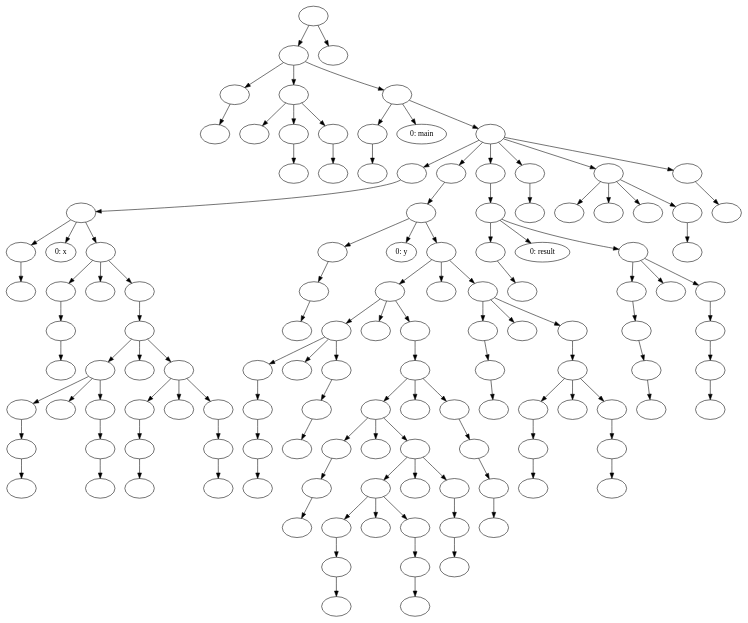
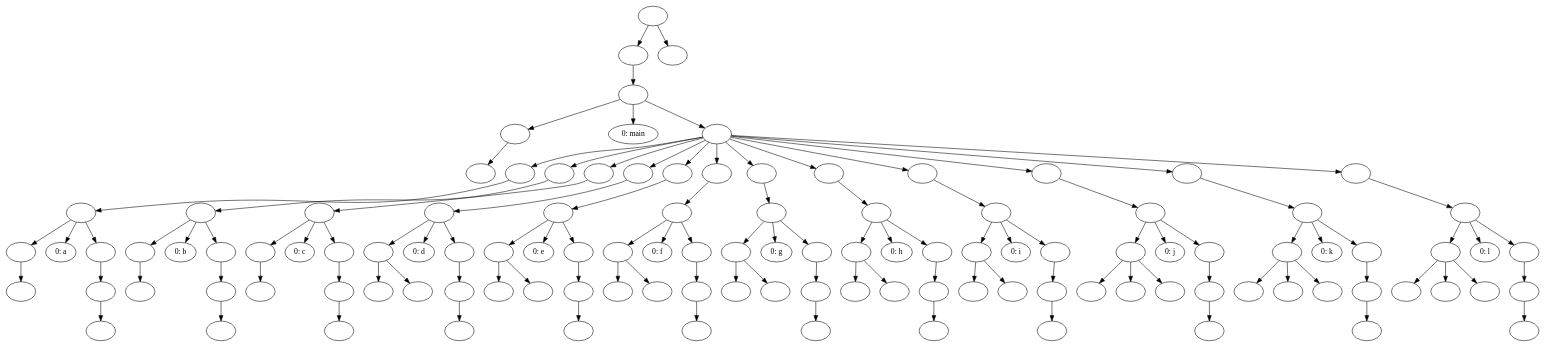
Before and after one commit to Are-you-listening/Compilers: the diagram in output/SymbolTablevisual.dot, drawn with Graphviz. The commit also changed 12 other files, not shown here.

```diff
--- a/output/SymbolTablevisual.dot
+++ b/output/SymbolTablevisual.dot
@@ -1,257 +1,233 @@
 digraph AST {
-  "140599761586832" [label=""];
-  "140599761586832" -> "140599761592064";
-  "140599761586832" -> "140599761588512";
-  "140599761592064" [label=""];
-  "140599761592064" -> "140599761589952";
-  "140599761592064" -> "140599761586784";
-  "140599761592064" -> "140599761585728";
-  "140599761589952" [label=""];
-  "140599761589952" -> "140599760741344";
-  "140599760741344" [label=""];
-  "140599761586784" [label=""];
-  "140599761586784" -> "140599761585776";
-  "140599761586784" -> "140599761585968";
-  "140599761586784" -> "140599760740672";
-  "140599761585776" [label=""];
-  "140599761585968" [label=""];
-  "140599761585968" -> "140599761586064";
-  "140599761586064" [label=""];
-  "140599760740672" [label=""];
-  "140599760740672" -> "140599761586640";
-  "140599761586640" [label=""];
-  "140599761585728" [label=""];
-  "140599761585728" -> "140599761586688";
-  "140599761585728" -> "140599761585152";
-  "140599761585728" -> "140599762013920";
-  "140599761586688" [label=""];
-  "140599761586688" -> "140599761586208";
-  "140599761586208" [label=""];
-  "140599761585152" [label="0: main"];
-  "140599762013920" [label=""];
-  "140599762013920" -> "140599762013824";
-  "140599762013920" -> "140599762012864";
-  "140599762013920" -> "140599762011520";
-  "140599762013920" -> "140599760736592";
-  "140599762013920" -> "140599760739616";
-  "140599762013920" -> "140599760740048";
-  "140599762013824" [label=""];
-  "140599762013824" -> "140599762012912";
-  "140599762012912" [label=""];
-  "140599762012912" -> "140599762012768";
-  "140599762012912" -> "140599762011040";
-  "140599762012912" -> "140599762010368";
-  "140599762012768" [label=""];
-  "140599762012768" -> "140599762011088";
-  "140599762011088" [label=""];
-  "140599762011040" [label="0: x"];
-  "140599762010368" [label=""];
-  "140599762010368" -> "140599762025968";
-  "140599762010368" -> "140599762010560";
-  "140599762010368" -> "140599762011376";
-  "140599762025968" [label=""];
-  "140599762025968" -> "140599762010512";
-  "140599762010512" [label=""];
-  "140599762010512" -> "140599762010656";
-  "140599762010656" [label=""];
-  "140599762010560" [label=""];
-  "140599762011376" [label=""];
-  "140599762011376" -> "140599762011472";
-  "140599762011472" [label=""];
-  "140599762011472" -> "140599762011616";
-  "140599762011472" -> "140599762011808";
-  "140599762011472" -> "140599762012720";
-  "140599762011616" [label=""];
-  "140599762011616" -> "140599762011760";
-  "140599762011616" -> "140599762011952";
-  "140599762011616" -> "140599762012288";
-  "140599762011760" [label=""];
-  "140599762011760" -> "140599762011904";
-  "140599762011904" [label=""];
-  "140599762011904" -> "140599762012048";
-  "140599762012048" [label=""];
-  "140599762011952" [label=""];
-  "140599762012288" [label=""];
-  "140599762012288" -> "140599762012384";
-  "140599762012384" [label=""];
-  "140599762012384" -> "140599762012528";
-  "140599762012528" [label=""];
-  "140599762011808" [label=""];
-  "140599762012720" [label=""];
-  "140599762012720" -> "140599762013104";
-  "140599762012720" -> "140599762013296";
-  "140599762012720" -> "140599762013632";
-  "140599762013104" [label=""];
-  "140599762013104" -> "140599762013248";
-  "140599762013248" [label=""];
-  "140599762013248" -> "140599762013392";
-  "140599762013392" [label=""];
-  "140599762013296" [label=""];
-  "140599762013632" [label=""];
-  "140599762013632" -> "140599762013728";
-  "140599762013728" [label=""];
-  "140599762013728" -> "140599762014112";
-  "140599762014112" [label=""];
-  "140599762012864" [label=""];
-  "140599762012864" -> "140599762010416";
-  "140599762010416" [label=""];
-  "140599762010416" -> "140599762013152";
-  "140599762010416" -> "140599762014352";
-  "140599762010416" -> "140599760732272";
-  "140599762013152" [label=""];
-  "140599762013152" -> "140599760741584";
-  "140599760741584" [label=""];
-  "140599760741584" -> "140599762014304";
-  "140599762014304" [label=""];
-  "140599762014352" [label="0: y"];
-  "140599760732272" [label=""];
-  "140599760732272" -> "140599760732368";
-  "140599760732272" -> "140599760732560";
-  "140599760732272" -> "140599760736256";
-  "140599760732368" [label=""];
-  "140599760732368" -> "140599760732512";
-  "140599760732368" -> "140599760732704";
-  "140599760732368" -> "140599760733616";
-  "140599760732512" [label=""];
-  "140599760732512" -> "140599760732656";
-  "140599760732512" -> "140599760732848";
-  "140599760732512" -> "140599760733184";
-  "140599760732656" [label=""];
-  "140599760732656" -> "140599760732800";
-  "140599760732800" [label=""];
-  "140599760732800" -> "140599760741872";
-  "140599760741872" [label=""];
-  "140599760741872" -> "140599760732944";
-  "140599760732944" [label=""];
-  "140599760732848" [label=""];
-  "140599760733184" [label=""];
-  "140599760733184" -> "140599760733280";
-  "140599760733280" [label=""];
-  "140599760733280" -> "140599760733424";
-  "140599760733424" [label=""];
-  "140599760732704" [label=""];
-  "140599760733616" [label=""];
-  "140599760733616" -> "140599760733712";
-  "140599760733712" [label=""];
-  "140599760733712" -> "140599760733856";
-  "140599760733712" -> "140599760734048";
-  "140599760733712" -> "140599760736016";
-  "140599760733856" [label=""];
-  "140599760733856" -> "140599760734000";
-  "140599760733856" -> "140599760734192";
-  "140599760733856" -> "140599760734528";
-  "140599760734000" [label=""];
-  "140599760734000" -> "140599760734144";
-  "140599760734144" [label=""];
-  "140599760734144" -> "140599760734288";
-  "140599760734288" [label=""];
-  "140599760734192" [label=""];
-  "140599760734528" [label=""];
-  "140599760734528" -> "140599760734624";
-  "140599760734528" -> "140599760734816";
-  "140599760734528" -> "140599760735728";
-  "140599760734624" [label=""];
-  "140599760734624" -> "140599760734768";
-  "140599760734624" -> "140599760734960";
-  "140599760734624" -> "140599760735296";
-  "140599760734768" [label=""];
-  "140599760734768" -> "140599760734912";
-  "140599760734912" [label=""];
-  "140599760734912" -> "140599760735056";
-  "140599760735056" [label=""];
-  "140599760734960" [label=""];
-  "140599760735296" [label=""];
-  "140599760735296" -> "140599760735392";
-  "140599760735392" [label=""];
-  "140599760735392" -> "140599760735536";
-  "140599760735536" [label=""];
-  "140599760734816" [label=""];
-  "140599760735728" [label=""];
-  "140599760735728" -> "140599760735824";
-  "140599760735824" [label=""];
-  "140599760735824" -> "140599760735968";
-  "140599760735968" [label=""];
-  "140599760734048" [label=""];
-  "140599760736016" [label=""];
-  "140599760736016" -> "140599760736208";
-  "140599760736208" [label=""];
-  "140599760736208" -> "140599760742016";
-  "140599760742016" [label=""];
-  "140599760742016" -> "140599760736352";
-  "140599760736352" [label=""];
-  "140599760732560" [label=""];
-  "140599760736256" [label=""];
-  "140599760736256" -> "140599760736544";
-  "140599760736256" -> "140599760736736";
-  "140599760736256" -> "140599760737072";
-  "140599760736544" [label=""];
-  "140599760736544" -> "140599760736688";
-  "140599760736688" [label=""];
-  "140599760736688" -> "140599760736832";
-  "140599760736832" [label=""];
-  "140599760736736" [label=""];
-  "140599760737072" [label=""];
-  "140599760737072" -> "140599760737168";
-  "140599760737168" [label=""];
-  "140599760737168" -> "140599760737312";
-  "140599760737168" -> "140599760737504";
-  "140599760737168" -> "140599760737840";
-  "140599760737312" [label=""];
-  "140599760737312" -> "140599760737456";
-  "140599760737456" [label=""];
-  "140599760737456" -> "140599760737600";
-  "140599760737600" [label=""];
-  "140599760737504" [label=""];
-  "140599760737840" [label=""];
-  "140599760737840" -> "140599760737936";
-  "140599760737936" [label=""];
-  "140599760737936" -> "140599760738080";
-  "140599760738080" [label=""];
-  "140599762011520" [label=""];
-  "140599762011520" -> "140599760732416";
-  "140599760732416" [label=""];
-  "140599760732416" -> "140599760737360";
-  "140599760732416" -> "140599760738320";
-  "140599760732416" -> "140599760738848";
-  "140599760737360" [label=""];
-  "140599760737360" -> "140599760738272";
-  "140599760738272" [label=""];
-  "140599760738320" [label="0: result"];
-  "140599760738848" [label=""];
-  "140599760738848" -> "140599760738944";
-  "140599760738848" -> "140599760739136";
-  "140599760738848" -> "140599760739472";
-  "140599760738944" [label=""];
-  "140599760738944" -> "140599760739088";
-  "140599760739088" [label=""];
-  "140599760739088" -> "140599760741776";
-  "140599760741776" [label=""];
-  "140599760741776" -> "140599760739232";
-  "140599760739232" [label=""];
-  "140599760739136" [label=""];
-  "140599760739472" [label=""];
-  "140599760739472" -> "140599760739568";
-  "140599760739568" [label=""];
-  "140599760739568" -> "140599760741968";
-  "140599760741968" [label=""];
-  "140599760741968" -> "140599760739712";
-  "140599760739712" [label=""];
-  "140599760736592" [label=""];
-  "140599760736592" -> "140599762010224";
-  "140599762010224" [label=""];
-  "140599760739616" [label=""];
-  "140599760739616" -> "140599760740000";
-  "140599760739616" -> "140599760740240";
-  "140599760739616" -> "140599760740384";
-  "140599760739616" -> "140599760741488";
-  "140599760740000" [label=""];
-  "140599760740240" [label=""];
-  "140599760740384" [label=""];
-  "140599760741488" [label=""];
-  "140599760741488" -> "140599760740528";
-  "140599760740528" [label=""];
-  "140599760740048" [label=""];
-  "140599760740048" -> "140599762014688";
-  "140599762014688" [label=""];
-  "140599761588512" [label=""];
+  "139721060144688" [label=""];
+  "139721060144688" -> "139721060148000";
+  "139721060144688" -> "139721060145168";
+  "139721060148000" [label=""];
+  "139721060148000" -> "139721060145216";
+  "139721060145216" [label=""];
+  "139721060145216" -> "139721060145408";
+  "139721060145216" -> "139721060144928";
+  "139721060145216" -> "139721060145552";
+  "139721060145408" [label=""];
+  "139721060145408" -> "139721060145024";
+  "139721060145024" [label=""];
+  "139721060144928" [label="0: main"];
+  "139721060145552" [label=""];
+  "139721060145552" -> "139721060144112";
+  "139721060145552" -> "139721060143968";
+  "139721060145552" -> "139721060142000";
+  "139721060145552" -> "139721060140800";
+  "139721060145552" -> "139721060139072";
+  "139721060145552" -> "139721060352112";
+  "139721060145552" -> "139721060353456";
+  "139721060145552" -> "139721060354800";
+  "139721060145552" -> "139721060356240";
+  "139721060145552" -> "139721060357680";
+  "139721060145552" -> "139721060359120";
+  "139721060145552" -> "139721060360800";
+  "139721060144112" [label=""];
+  "139721060144112" -> "139721060143920";
+  "139721060143920" [label=""];
+  "139721060143920" -> "139721060143776";
+  "139721060143920" -> "139721060143584";
+  "139721060143920" -> "139721060143056";
+  "139721060143776" [label=""];
+  "139721060143776" -> "139721060143632";
+  "139721060143632" [label=""];
+  "139721060143584" [label="0: a"];
+  "139721060143056" [label=""];
+  "139721060143056" -> "139721060142960";
+  "139721060142960" [label=""];
+  "139721060142960" -> "139721060142048";
+  "139721060142048" [label=""];
+  "139721060143968" [label=""];
+  "139721060143968" -> "139721060142912";
+  "139721060142912" [label=""];
+  "139721060142912" -> "139721060141808";
+  "139721060142912" -> "139721060141616";
+  "139721060142912" -> "139721060141088";
+  "139721060141808" [label=""];
+  "139721060141808" -> "139721060141664";
+  "139721060141664" [label=""];
+  "139721060141616" [label="0: b"];
+  "139721060141088" [label=""];
+  "139721060141088" -> "139721060140992";
+  "139721060140992" [label=""];
+  "139721060140992" -> "139721060140848";
+  "139721060140848" [label=""];
+  "139721060142000" [label=""];
+  "139721060142000" -> "139721060140944";
+  "139721060140944" [label=""];
+  "139721060140944" -> "139721060140608";
+  "139721060140944" -> "139721060140080";
+  "139721060140944" -> "139721060139552";
+  "139721060140608" [label=""];
+  "139721060140608" -> "139721060140128";
+  "139721060140128" [label=""];
+  "139721060140080" [label="0: c"];
+  "139721060139552" [label=""];
+  "139721060139552" -> "139721060139456";
+  "139721060139456" [label=""];
+  "139721060139456" -> "139721060139120";
+  "139721060139120" [label=""];
+  "139721060140800" [label=""];
+  "139721060140800" -> "139721060139216";
+  "139721060139216" [label=""];
+  "139721060139216" -> "139721060154672";
+  "139721060139216" -> "139721060154048";
+  "139721060139216" -> "139721060155152";
+  "139721060154672" [label=""];
+  "139721060154672" -> "139721060153616";
+  "139721060154672" -> "139721060154192";
+  "139721060153616" [label=""];
+  "139721060154192" [label=""];
+  "139721060154048" [label="0: d"];
+  "139721060155152" [label=""];
+  "139721060155152" -> "139721060155248";
+  "139721060155248" [label=""];
+  "139721060155248" -> "139721060352064";
+  "139721060352064" [label=""];
+  "139721060139072" [label=""];
+  "139721060139072" -> "139721060155296";
+  "139721060155296" [label=""];
+  "139721060155296" -> "139721060352304";
+  "139721060155296" -> "139721060352496";
+  "139721060155296" -> "139721060353168";
+  "139721060352304" [label=""];
+  "139721060352304" -> "139721060352448";
+  "139721060352304" -> "139721060352640";
+  "139721060352448" [label=""];
+  "139721060352640" [label=""];
+  "139721060352496" [label="0: e"];
+  "139721060353168" [label=""];
+  "139721060353168" -> "139721060353264";
+  "139721060353264" [label=""];
+  "139721060353264" -> "139721060353408";
+  "139721060353408" [label=""];
+  "139721060352112" [label=""];
+  "139721060352112" -> "139721060353312";
+  "139721060353312" [label=""];
+  "139721060353312" -> "139721060353648";
+  "139721060353312" -> "139721060353840";
+  "139721060353312" -> "139721060354512";
+  "139721060353648" [label=""];
+  "139721060353648" -> "139721060353792";
+  "139721060353648" -> "139721060353984";
+  "139721060353792" [label=""];
+  "139721060353984" [label=""];
+  "139721060353840" [label="0: f"];
+  "139721060354512" [label=""];
+  "139721060354512" -> "139721060354608";
+  "139721060354608" [label=""];
+  "139721060354608" -> "139721060354752";
+  "139721060354752" [label=""];
+  "139721060353456" [label=""];
+  "139721060353456" -> "139721060354656";
+  "139721060354656" [label=""];
+  "139721060354656" -> "139721060354992";
+  "139721060354656" -> "139721060355184";
+  "139721060354656" -> "139721060355952";
+  "139721060354992" [label=""];
+  "139721060354992" -> "139721060355136";
+  "139721060354992" -> "139721060355328";
+  "139721060355136" [label=""];
+  "139721060355328" [label=""];
+  "139721060355184" [label="0: g"];
+  "139721060355952" [label=""];
+  "139721060355952" -> "139721060356048";
+  "139721060356048" [label=""];
+  "139721060356048" -> "139721060356192";
+  "139721060356192" [label=""];
+  "139721060354800" [label=""];
+  "139721060354800" -> "139721060356096";
+  "139721060356096" [label=""];
+  "139721060356096" -> "139721060356432";
+  "139721060356096" -> "139721060356624";
+  "139721060356096" -> "139721060357392";
+  "139721060356432" [label=""];
+  "139721060356432" -> "139721060356576";
+  "139721060356432" -> "139721060356768";
+  "139721060356576" [label=""];
+  "139721060356768" [label=""];
+  "139721060356624" [label="0: h"];
+  "139721060357392" [label=""];
+  "139721060357392" -> "139721060357488";
+  "139721060357488" [label=""];
+  "139721060357488" -> "139721060357632";
+  "139721060357632" [label=""];
+  "139721060356240" [label=""];
+  "139721060356240" -> "139721060357536";
+  "139721060357536" [label=""];
+  "139721060357536" -> "139721060357872";
+  "139721060357536" -> "139721060358064";
+  "139721060357536" -> "139721060358832";
+  "139721060357872" [label=""];
+  "139721060357872" -> "139721060358016";
+  "139721060357872" -> "139721060358208";
+  "139721060358016" [label=""];
+  "139721060358208" [label=""];
+  "139721060358064" [label="0: i"];
+  "139721060358832" [label=""];
+  "139721060358832" -> "139721060358928";
+  "139721060358928" [label=""];
+  "139721060358928" -> "139721060359072";
+  "139721060359072" [label=""];
+  "139721060357680" [label=""];
+  "139721060357680" -> "139721060358976";
+  "139721060358976" [label=""];
+  "139721060358976" -> "139721060359312";
+  "139721060358976" -> "139721060359504";
+  "139721060358976" -> "139721060360512";
+  "139721060359312" [label=""];
+  "139721060359312" -> "139721060359456";
+  "139721060359312" -> "139721060359648";
+  "139721060359312" -> "139721060359792";
+  "139721060359456" [label=""];
+  "139721060359648" [label=""];
+  "139721060359792" [label=""];
+  "139721060359504" [label="0: j"];
+  "139721060360512" [label=""];
+  "139721060360512" -> "139721060360608";
+  "139721060360608" [label=""];
+  "139721060360608" -> "139721060360752";
+  "139721060360752" [label=""];
+  "139721060359120" [label=""];
+  "139721060359120" -> "139721060360656";
+  "139721060360656" [label=""];
+  "139721060360656" -> "139721060360992";
+  "139721060360656" -> "139721060361184";
+  "139721060360656" -> "139721060362192";
+  "139721060360992" [label=""];
+  "139721060360992" -> "139721060361136";
+  "139721060360992" -> "139721060361328";
+  "139721060360992" -> "139721060361472";
+  "139721060361136" [label=""];
+  "139721060361328" [label=""];
+  "139721060361472" [label=""];
+  "139721060361184" [label="0: k"];
+  "139721060362192" [label=""];
+  "139721060362192" -> "139721060362288";
+  "139721060362288" [label=""];
+  "139721060362288" -> "139721060362432";
+  "139721060362432" [label=""];
+  "139721060360800" [label=""];
+  "139721060360800" -> "139721060362336";
+  "139721060362336" [label=""];
+  "139721060362336" -> "139721060362672";
+  "139721060362336" -> "139721060362864";
+  "139721060362336" -> "139721060363872";
+  "139721060362672" [label=""];
+  "139721060362672" -> "139721060362816";
+  "139721060362672" -> "139721060363008";
+  "139721060362672" -> "139721060363152";
+  "139721060362816" [label=""];
+  "139721060363008" [label=""];
+  "139721060363152" [label=""];
+  "139721060362864" [label="0: l"];
+  "139721060363872" [label=""];
+  "139721060363872" -> "139721060363968";
+  "139721060363968" [label=""];
+  "139721060363968" -> "139721060364112";
+  "139721060364112" [label=""];
+  "139721060145168" [label=""];
 }
```
